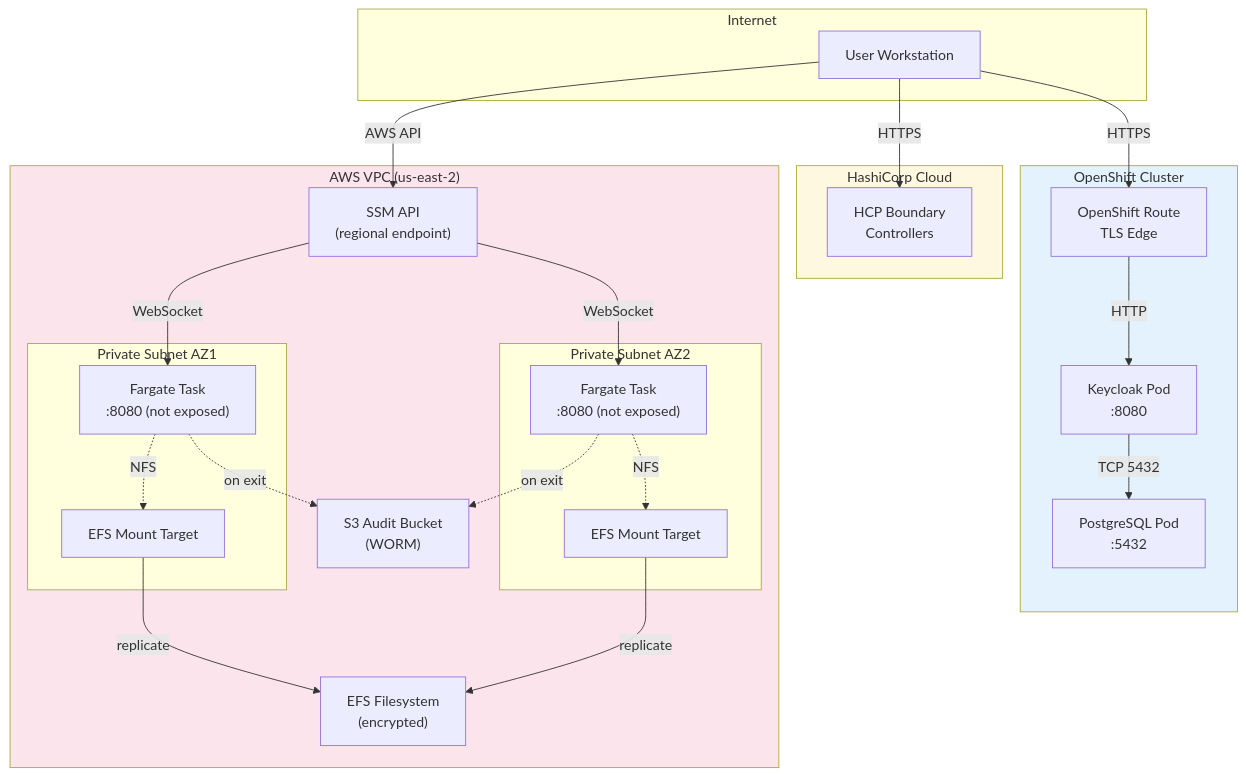
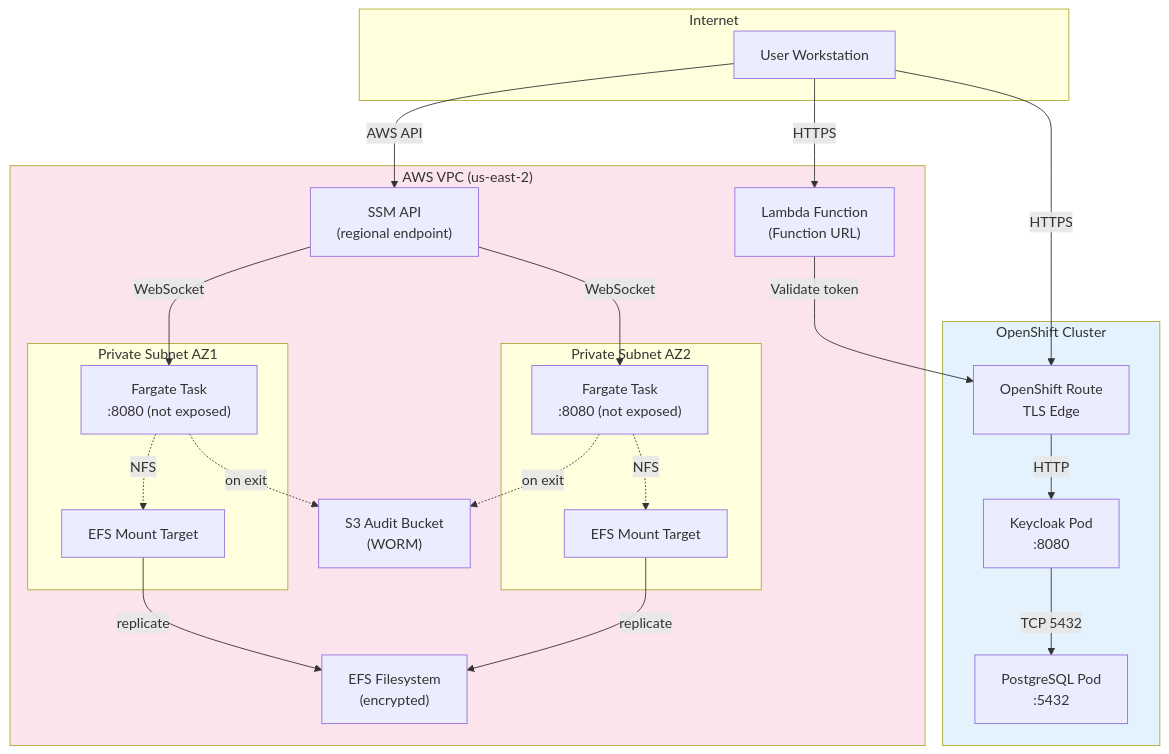
The fifth of 6 diagrams in docs/architecture/overview.md (openshift-online/rosa-boundary), drawn with Mermaid before and after one commit. The commit also changed other lines of this file and 10 other files, not shown here.

First line of the commit message:
Remove HCP Boundary product references

````diff
--- a/docs/architecture/overview.md
+++ b/docs/architecture/overview.md
@@ -216,48 +208,45 @@
 ```mermaid
 flowchart TB
     subgraph Internet["Internet"]
         User["User Workstation"]
     end
 
     subgraph OpenShift["OpenShift Cluster"]
         KC["Keycloak Pod<br/>:8080"]
         KCDB["PostgreSQL Pod<br/>:5432"]
         Route["OpenShift Route<br/>TLS Edge"]
     end
 
-    subgraph HCP["HashiCorp Cloud"]
-        Boundary["HCP Boundary<br/>Controllers"]
-    end
-
     subgraph AWS["AWS VPC (us-east-2)"]
+        Lambda["Lambda Function<br/>(Function URL)"]
         subgraph Subnet1["Private Subnet AZ1"]
             Fargate1["Fargate Task<br/>:8080 (not exposed)"]
             EFS1["EFS Mount Target"]
         end
         subgraph Subnet2["Private Subnet AZ2"]
             Fargate2["Fargate Task<br/>:8080 (not exposed)"]
             EFS2["EFS Mount Target"]
         end
         EFS["EFS Filesystem<br/>(encrypted)"]
         S3["S3 Audit Bucket<br/>(WORM)"]
         SSM["SSM API<br/>(regional endpoint)"]
     end
 
     User -->|HTTPS| Route
-    User -->|HTTPS| Boundary
+    User -->|HTTPS| Lambda
     User -->|AWS API| SSM
     Route -->|HTTP| KC
     KC -->|TCP 5432| KCDB
+    Lambda -->|Validate token| Route
     Fargate1 -.->|NFS| EFS1
     Fargate2 -.->|NFS| EFS2
     EFS1 -->|replicate| EFS
     EFS2 -->|replicate| EFS
     Fargate1 -.->|on exit| S3
     Fargate2 -.->|on exit| S3
     SSM -->|WebSocket| Fargate1
     SSM -->|WebSocket| Fargate2
 
     style OpenShift fill:#e3f2fd
-    style HCP fill:#fff8e1
     style AWS fill:#fce4ec
 ```
````
